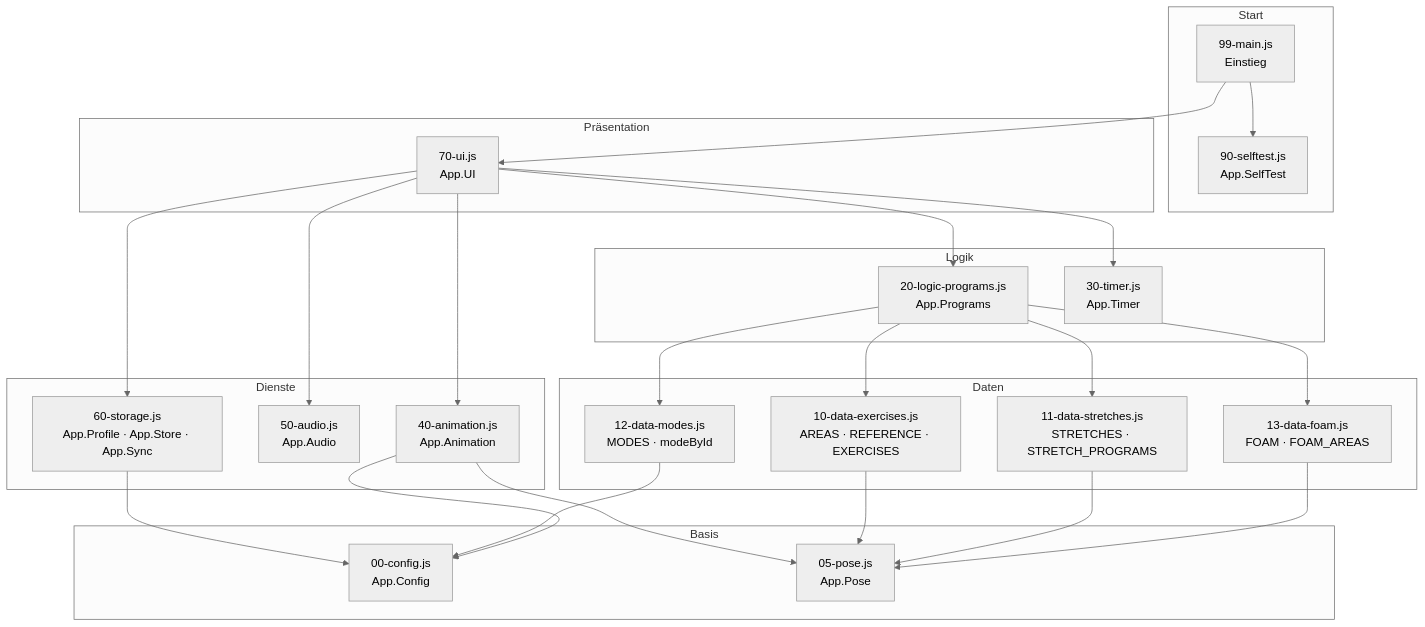
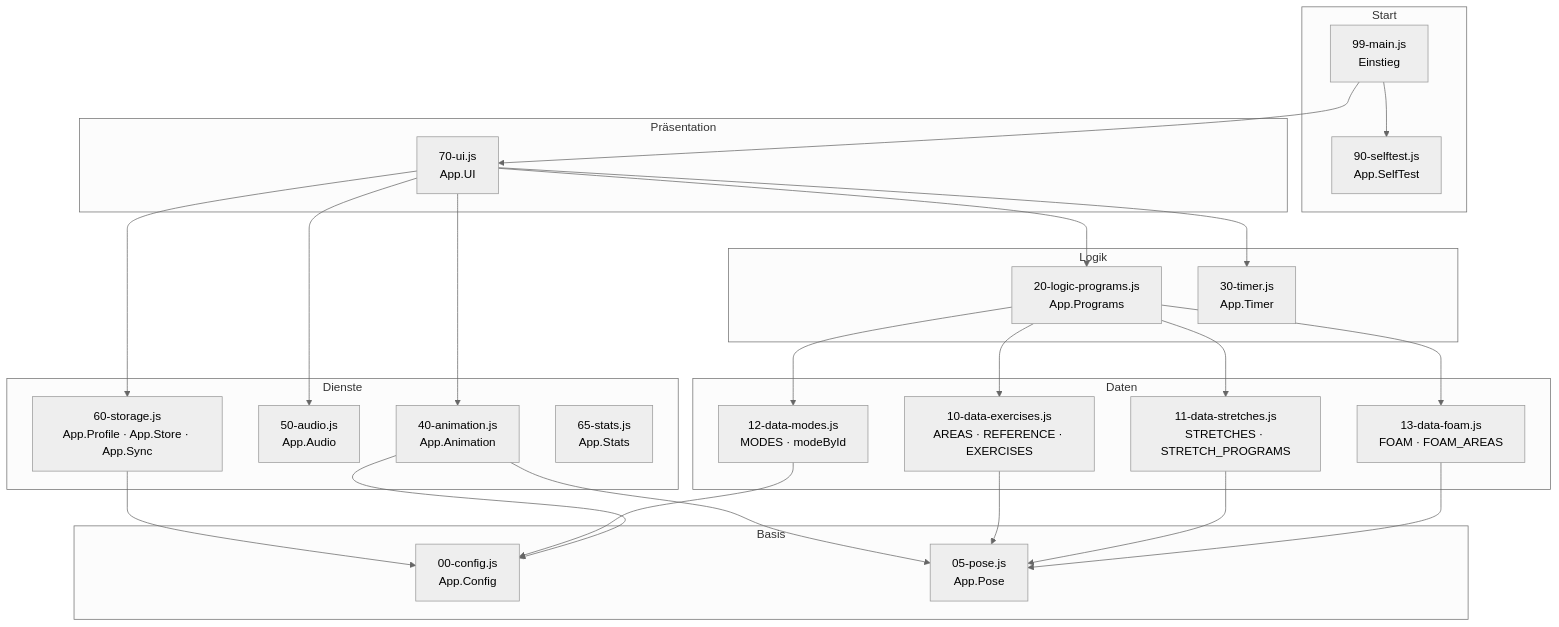
One commit to aloisdanninger/Training changed the third of 7 diagrams in ARCHITEKTUR.md. Above: the diagram before and after it, drawn with Mermaid (neutral theme). The commit also changed other lines of this file and 7 other files, not shown here.

````diff
--- a/ARCHITEKTUR.md
+++ b/ARCHITEKTUR.md
@@ -75,39 +75,40 @@
 ```mermaid
 flowchart TB
   subgraph Start
     MAIN["99-main.js<br/>Einstieg"]
     TEST["90-selftest.js<br/>App.SelfTest"]
   end
   subgraph Präsentation
     UI["70-ui.js<br/>App.UI"]
   end
   subgraph Dienste
     ANI["40-animation.js<br/>App.Animation"]
     AUD["50-audio.js<br/>App.Audio"]
     STO["60-storage.js<br/>App.Profile · App.Store · App.Sync"]
+    STA["65-stats.js<br/>App.Stats"]
   end
   subgraph Logik
     PRG["20-logic-programs.js<br/>App.Programs"]
     TIM["30-timer.js<br/>App.Timer"]
   end
   subgraph Daten
     EX["10-data-exercises.js<br/>AREAS · REFERENCE · EXERCISES"]
     ST["11-data-stretches.js<br/>STRETCHES · STRETCH_PROGRAMS"]
     MO["12-data-modes.js<br/>MODES · modeById"]
     FO["13-data-foam.js<br/>FOAM · FOAM_AREAS"]
   end
   subgraph Basis
     CFG["00-config.js<br/>App.Config"]
     POSE["05-pose.js<br/>App.Pose"]
   end
 
   MAIN --> UI
   MAIN --> TEST
   UI --> PRG & TIM & ANI & AUD & STO
   PRG --> EX & ST & MO & FO
   ANI --> POSE
   EX & ST & FO --> POSE
   STO --> CFG
   MO --> CFG
   ANI --> CFG
 ```
````
